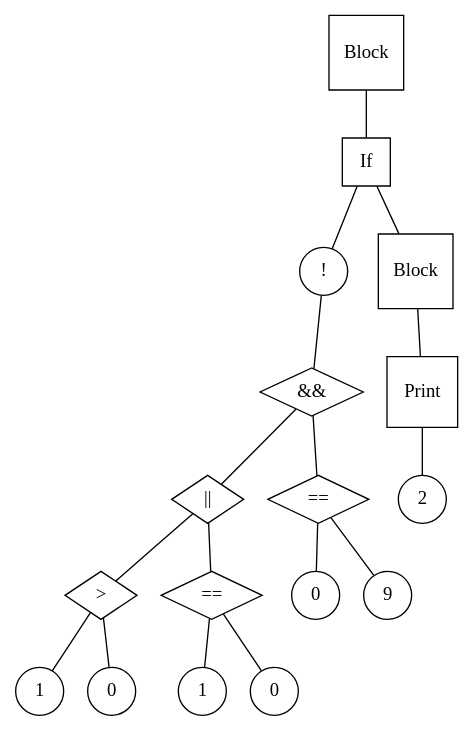
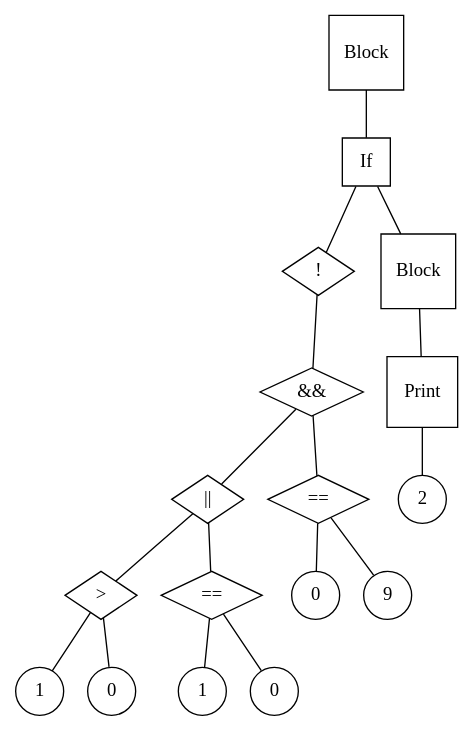
Before and after one commit to cemmanuelsr/compiler: the diagram in graphs/dot/test_22.dot, drawn with Graphviz. The commit also changed 28 other files, not shown here.

```diff
--- a/graphs/dot/test_22.dot
+++ b/graphs/dot/test_22.dot
@@ -1,36 +1,36 @@
 graph g {
 n0 [label = "Block", shape="square"]
 n1 [label = "If", shape="square"]
-n2 [label = "!", shape="circle"]
+n2 [label = "!", shape="diamond"]
 n3 [label = "1", shape="circle"]
 n4 [label = ">", shape="diamond"]
 n5 [label = "0", shape="circle"]
 n6 [label = "||", shape="diamond"]
 n7 [label = "1", shape="circle"]
 n8 [label = "==", shape="diamond"]
 n9 [label = "0", shape="circle"]
 n10 [label = "&&", shape="diamond"]
 n11 [label = "0", shape="circle"]
 n12 [label = "==", shape="diamond"]
 n13 [label = "9", shape="circle"]
 n14 [label = "Block", shape="square"]
 n15 [label = "Print", shape="square"]
 n16 [label = "2", shape="circle"]
 
 "n4" -- "n3"
 "n4" -- "n5"
 "n6" -- "n4"
 "n8" -- "n7"
 "n8" -- "n9"
 "n6" -- "n8"
 "n10" -- "n6"
 "n12" -- "n11"
 "n12" -- "n13"
 "n10" -- "n12"
 "n2" -- "n10"
 "n1" -- "n2"
 "n15" -- "n16"
 "n14" -- "n15"
 "n1" -- "n14"
 "n0" -- "n1"
 }
```
